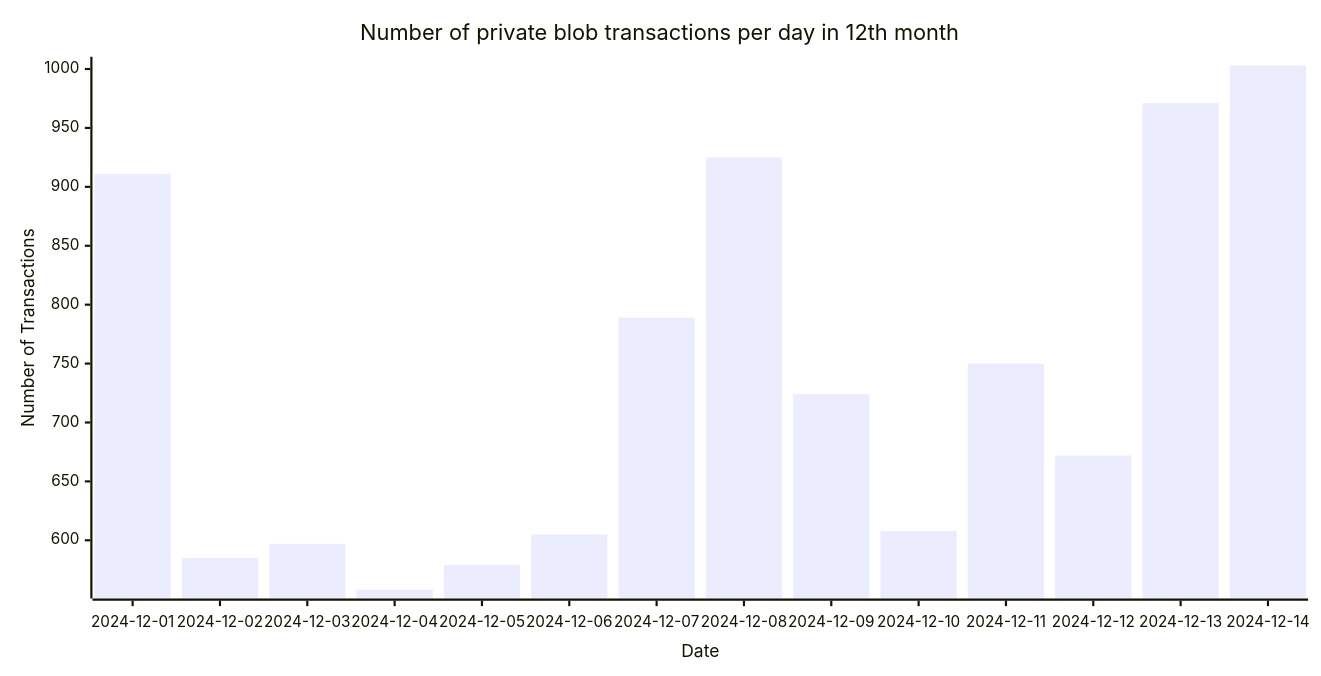
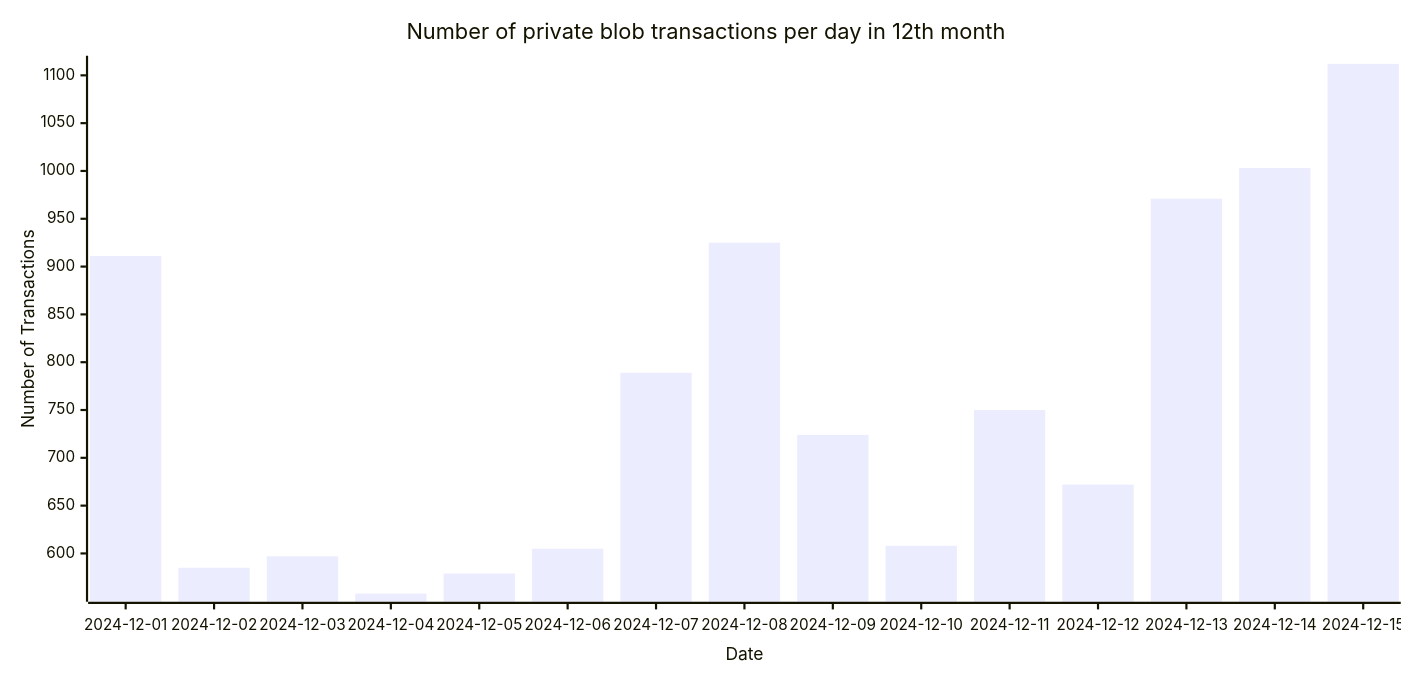
Before and after one commit to Amit0617/eip4844-data: the diagram in README.md, drawn with Mermaid. The commit also changed 1 other file, not shown here.

````diff
--- a/README.md
+++ b/README.md
@@ -1,12 +1,12 @@
 ```mermaid
 ---
 config:
     xyChart:
-        width: 1190
+        width: 1275
         height: 600
 ---
 xychart-beta title "Number of private blob transactions per day in 12th month"
-x-axis "Date" [2024-12-01,2024-12-02,2024-12-03,2024-12-04,2024-12-05,2024-12-06,2024-12-07,2024-12-08,2024-12-09,2024-12-10,2024-12-11,2024-12-12,2024-12-13,2024-12-14]
+x-axis "Date" [2024-12-01,2024-12-02,2024-12-03,2024-12-04,2024-12-05,2024-12-06,2024-12-07,2024-12-08,2024-12-09,2024-12-10,2024-12-11,2024-12-12,2024-12-13,2024-12-14,2024-12-15]
 y-axis "Number of Transactions"
-bar[911,585,597,558,579,605,789,925,724,608,750,672,971,1003]
+bar[911,585,597,558,579,605,789,925,724,608,750,672,971,1003,1112]
 ```
````
